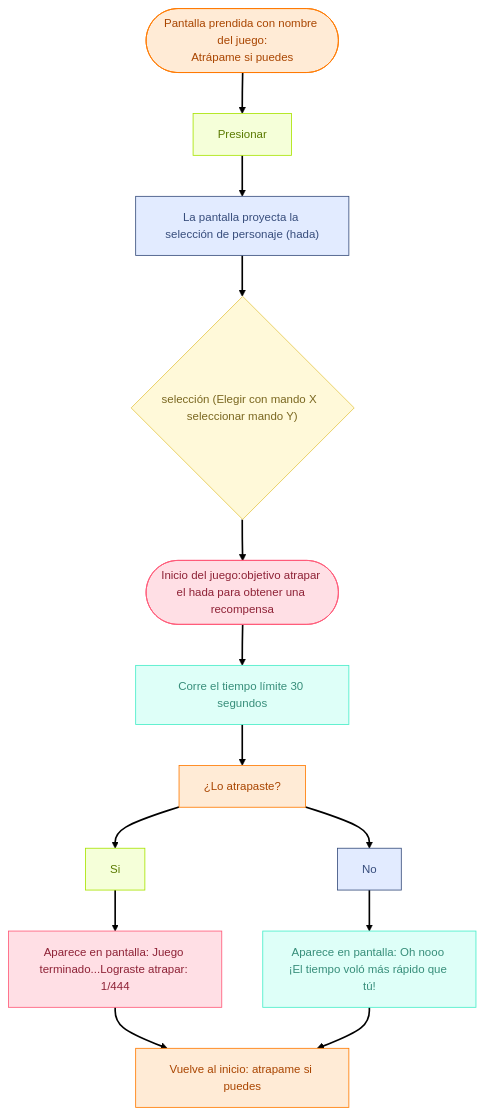
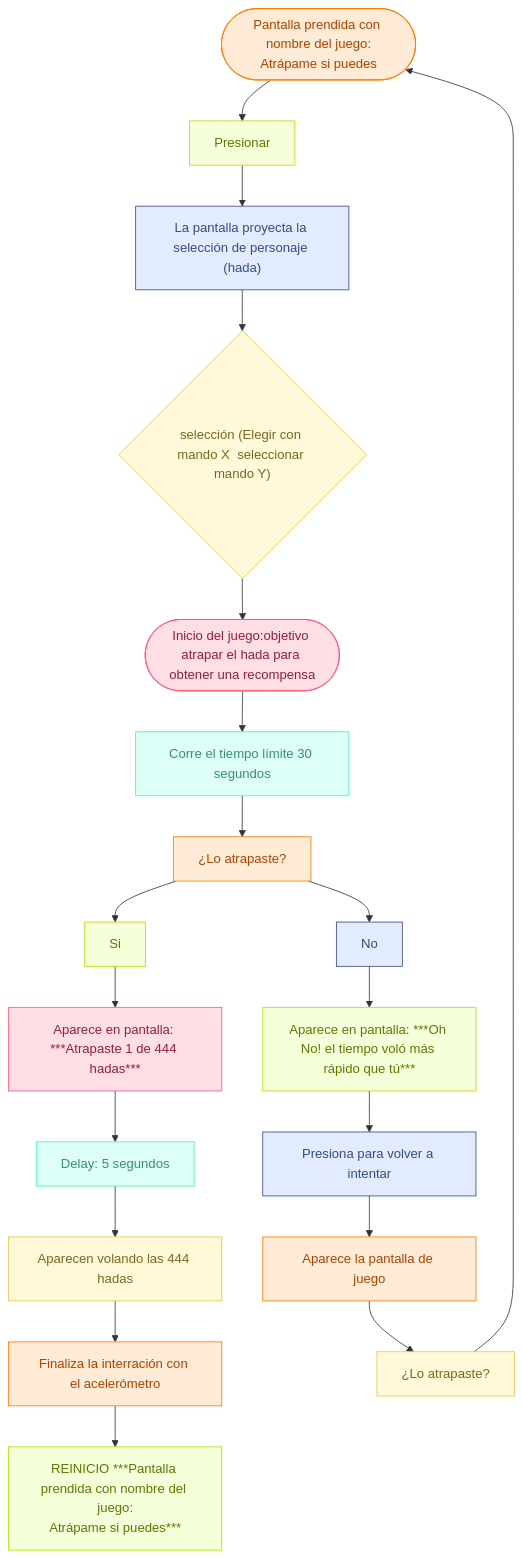
One commit to disenoUDP/dis8645-2025-2-proyectos changed the diagram in 00-examen/grupo-04/README.md. Above: the diagram before and after it, drawn with Mermaid. The commit also changed other lines of this file, not shown here.

````diff
--- a/00-examen/grupo-04/README.md
+++ b/00-examen/grupo-04/README.md
@@ -98,42 +99,54 @@
 ```mermaid
 ---
 config:
-  theme: redux
+  layout: dagre
 ---
 flowchart TB
     A(["Pantalla prendida con nombre del juego:
 Atrápame si puedes"]) --> B["Presionar"]
     B --> C["La pantalla proyecta la selección de personaje (hada)"]
     C --> D["selección (Elegir con mando X  seleccionar mando Y)"]
     D --> E(["Inicio del juego:objetivo atrapar el hada para obtener una recompensa"])
     E --> F["Corre el tiempo límite 30 segundos"]
     F --> G["¿Lo atrapaste?"]
     G --> H["Si"] & I["No"]
-    H --> J["Aparece en pantalla: Juego terminado...Lograste atrapar: 1/444"]
-    I --> K["Aparece en pantalla: Oh nooo ¡El tiempo voló más rápido que tú!"]
-    J --> M["Vuelve al inicio: atrapame si puedes"]
-    K --> M
+    H --> J["Aparece en pantalla: ***Atrapaste 1 de 444 hadas***"]
+    J --> K["Delay: 5 segundos"]
+    K --> L["Aparecen volando las 444 hadas"]
+    L --> M["Finaliza la interración con el acelerómetro"]
+    I --> N["Aparece en pantalla: ***Oh No! el tiempo voló más rápido que tú***"]
+    N --> O["Presiona para volver a intentar"]
+    O --> P["Aparece la pantalla de juego"]
+    P --> Q["¿Lo atrapaste?"]
+    Q --> A
+    M --> R["REINICIO ***Pantalla prendida con nombre del juego:
+Atrápame si puedes***"]
+
 
     C@{ shape: rect}
     D@{ shape: diam}
-
-    A:::Sunset
-    B:::Lime
-    C:::Sky
-    D:::YellowSoft
-    E:::Rose
-    F:::Aqua
-    G:::Sunset
-    H:::Lime
-    I:::Sky
-    J:::Rose
-    K:::Aqua
-    M:::Sunset
-
-classDef Sunset stroke-width:1px, stroke-dasharray:none, stroke:#FF7A00, fill:#FFEBD6, color:#A94500
-classDef Sky stroke-width:1px, stroke-dasharray:none, stroke:#374D7C, fill:#E2EBFF, color:#374D7C
-classDef YellowSoft stroke-width:1px, stroke-dasharray:none, stroke:#E6C84C, fill:#FFF9D9, color:#7A6720
-classDef Rose stroke-width:1px, stroke-dasharray:none, stroke:#FF5978, fill:#FFDFE5, color:#8E2236
-classDef Lime stroke-width:1px, stroke-dasharray:none, stroke:#A8E400, fill:#F5FFD9, color:#5A7A00
-classDef Aqua stroke-width:1px, stroke-dasharray:none, stroke:#46EDC8, fill:#DEFFF8, color:#378E7A                           
+     A:::Sunset
+     B:::Lime
+     C:::Sky
+     D:::YellowSoft
+     E:::Rose
+     F:::Aqua
+     G:::Sunset
+     H:::Lime
+     I:::Sky
+     J:::Rose
+     K:::Aqua
+     L:::YellowSoft
+     M:::Sunset
+     N:::Lime
+     O:::Sky
+     P:::Sunset
+     Q:::YellowSoft
+     R:::Lime
+    classDef Sunset stroke-width:1px, stroke-dasharray:none, stroke:#FF7A00, fill:#FFEBD6, color:#A94500
+    classDef Sky stroke-width:1px, stroke-dasharray:none, stroke:#374D7C, fill:#E2EBFF, color:#374D7C
+    classDef YellowSoft stroke-width:1px, stroke-dasharray:none, stroke:#E6C84C, fill:#FFF9D9, color:#7A6720
+    classDef Rose stroke-width:1px, stroke-dasharray:none, stroke:#FF5978, fill:#FFDFE5, color:#8E2236
+    classDef Lime stroke-width:1px, stroke-dasharray:none, stroke:#A8E400, fill:#F5FFD9, color:#5A7A00
+    classDef Aqua stroke-width:1px, stroke-dasharray:none, stroke:#46EDC8, fill:#DEFFF8, color:#378E7A                        
 ```
````
